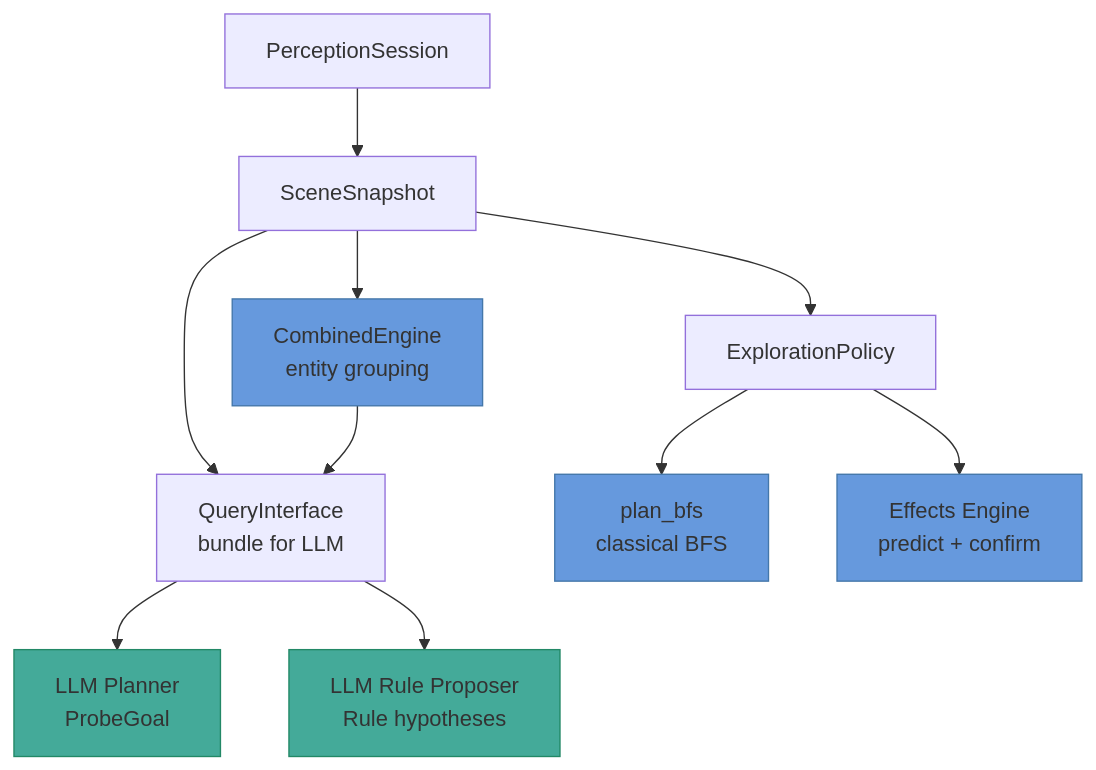
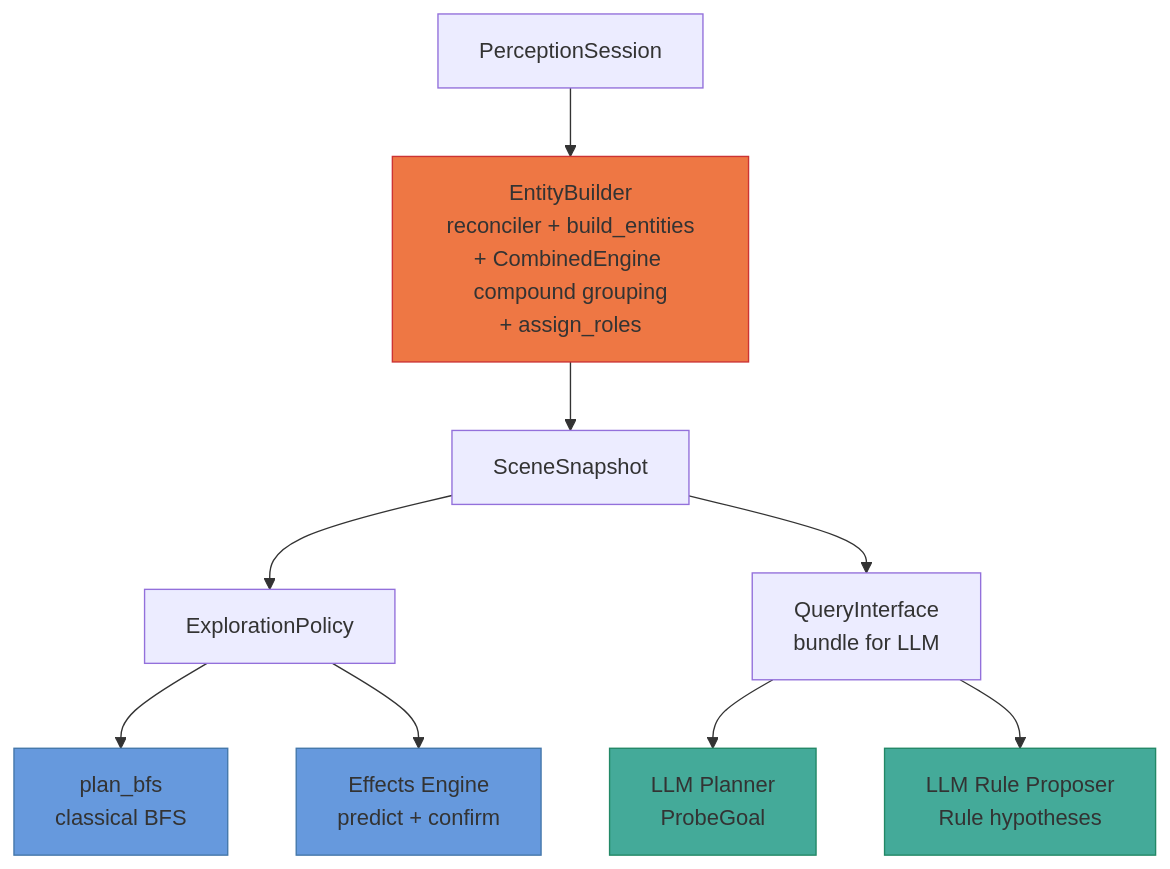
The first of 8 diagrams in docs/reports/llm-curiosity-agent.md (peara/ARC-AGI-3-Agents), drawn with Mermaid before and after one commit. The commit also changed other lines of this file and 1 other file, not shown here.

First line of the commit message:
docs: update grouping and agent docs for CombinedEngine-in-EntityBuilder architecture

````diff
--- a/docs/reports/llm-curiosity-agent.md
+++ b/docs/reports/llm-curiosity-agent.md
@@ -29,18 +29,17 @@
 ```mermaid
 graph TD
-    PS[PerceptionSession] --> SS[SceneSnapshot]
+    PS[PerceptionSession] --> EB[EntityBuilder<br/>reconciler + build_entities<br/>+ CombinedEngine compound grouping<br/>+ assign_roles]
+    EB --> SS[SceneSnapshot]
     SS --> EP[ExplorationPolicy]
     SS --> QI[QueryInterface<br/>bundle for LLM]
-    SS --> CG[CombinedEngine<br/>entity grouping]
     EP --> BFS[plan_bfs<br/>classical BFS]
     QI --> LP[LLM Planner<br/>ProbeGoal]
     QI --> LRP[LLM Rule Proposer<br/>Rule hypotheses]
     EP --> EE[Effects Engine<br/>predict + confirm]
-    CG --> QI
 
     style LP fill:#4a9,stroke:#286
     style LRP fill:#4a9,stroke:#286
     style EE fill:#69d,stroke:#47a
     style BFS fill:#69d,stroke:#47a
-    style CG fill:#69d,stroke:#47a
+    style EB fill:#e74,stroke:#c33
 ```
````
